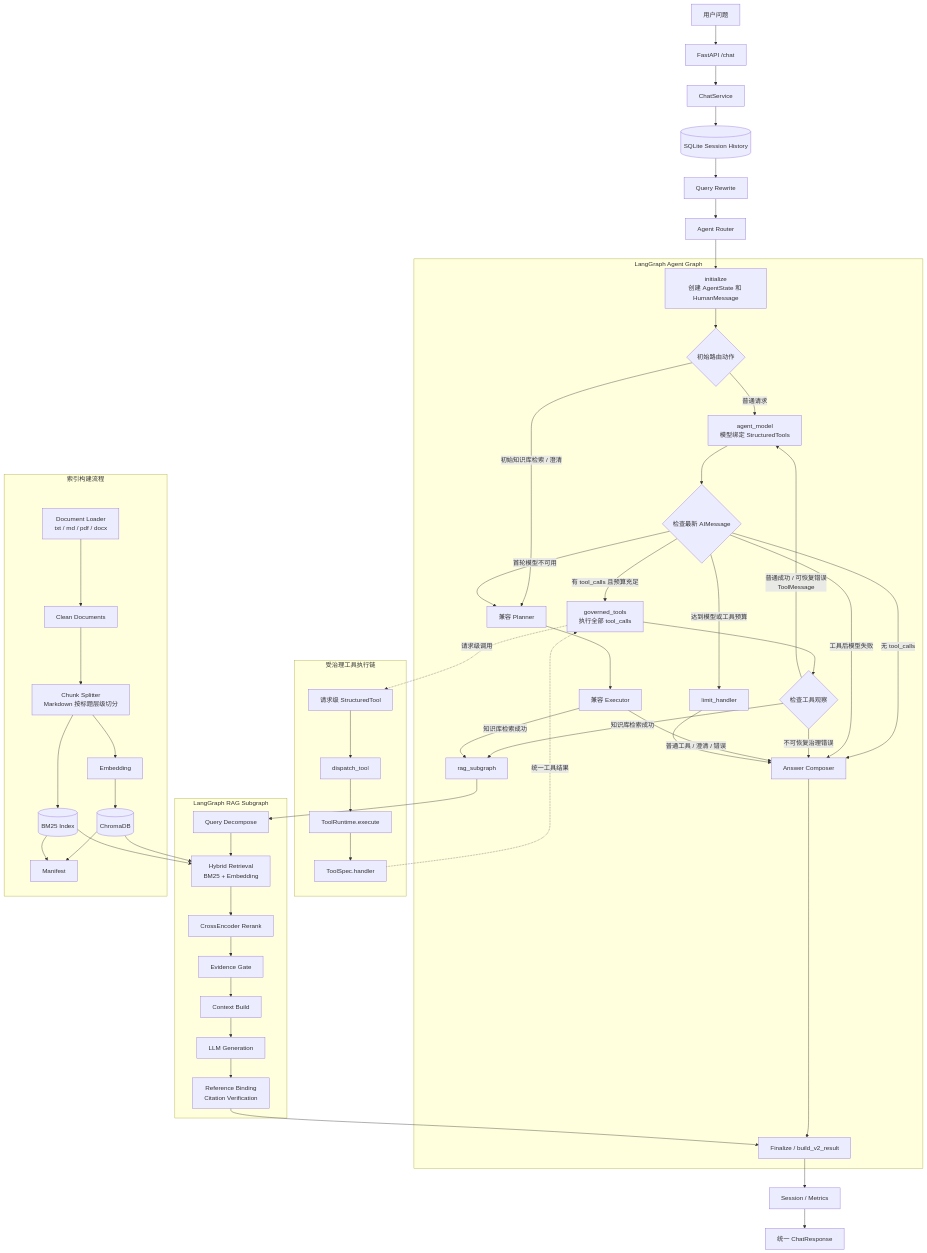
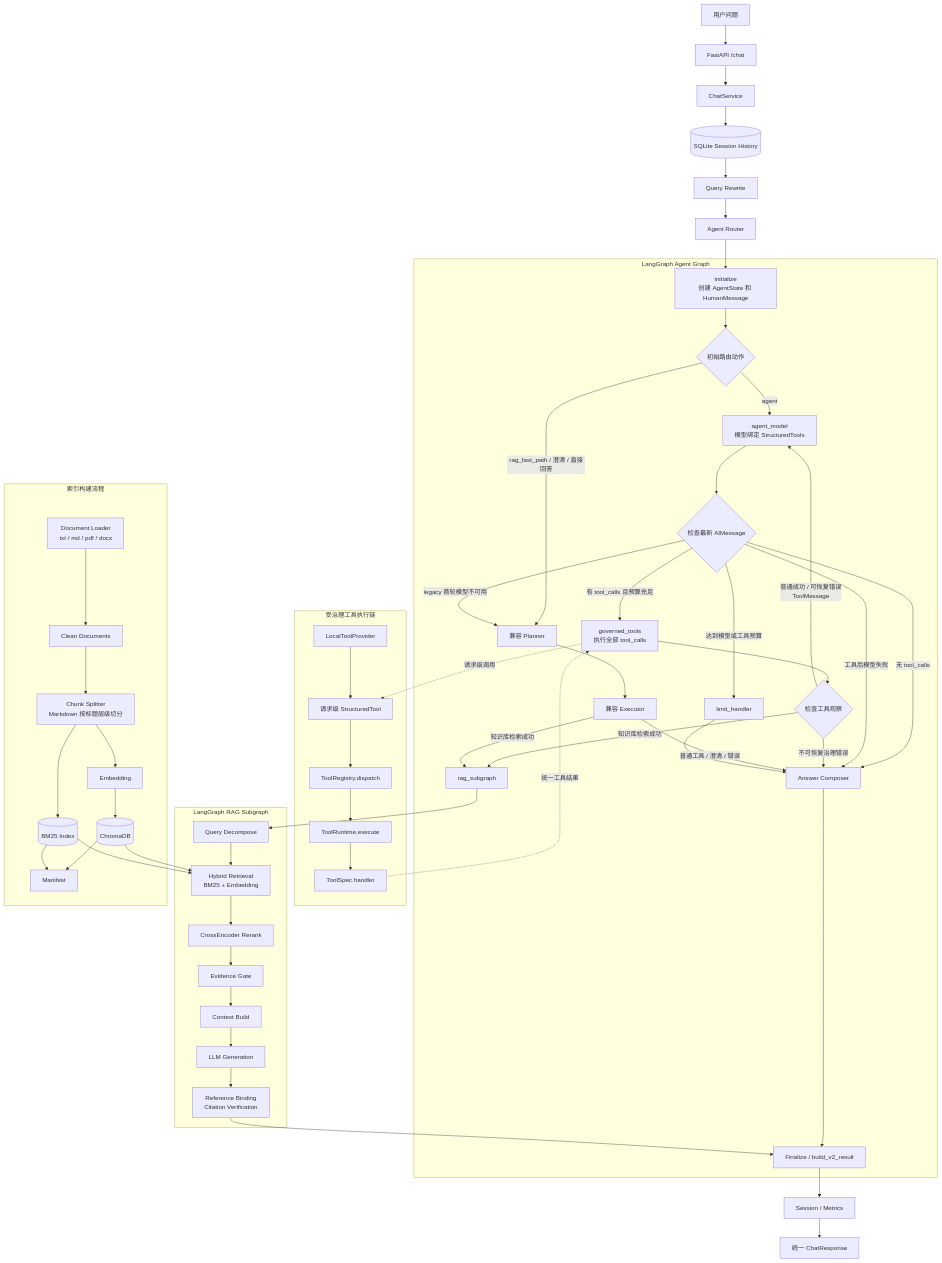
Before and after one commit to LiBoEN123/rag-agent-qa-system: the diagram in README.md, drawn with Mermaid. The commit also changed other lines of this file and 25 other files, not shown here.

Commit message:
工具注册到 ToolRegistry → 自动暴露为 LangChain StructuredTool → Agent Model 根据工具 description 和 args_schema 动态选择 → 新增普通工具时不再修改 Router、Planner、Executor 或 Graph

```diff
--- a/README.md
+++ b/README.md
@@ -45,14 +46,14 @@
         Finalize[Finalize / build_v2_result]
 
         Initialize --> InitialAction
-        InitialAction -->|普通请求| AgentModel
-        InitialAction -->|初始知识库检索 / 澄清| Planner
+        InitialAction -->|agent| AgentModel
+        InitialAction -->|rag_fast_path / 澄清 / 直接回答| Planner
 
         AgentModel --> ModelResult
         ModelResult -->|有 tool_calls 且预算充足| GovernedTools
         ModelResult -->|无 tool_calls| Composer
         ModelResult -->|达到模型或工具预算| Limit
-        ModelResult -->|首轮模型不可用| Planner
+        ModelResult -->|legacy 首轮模型不可用| Planner
         ModelResult -->|工具后模型失败| Composer
 
         GovernedTools --> ToolResult
@@ -69,13 +70,15 @@
     end
 
     subgraph ToolRuntime[受治理工具执行链]
+        Provider[LocalToolProvider]
+        Registry[ToolRegistry.dispatch]
         StructuredTool[请求级 StructuredTool]
-        Dispatch[dispatch_tool]
         Runtime[ToolRuntime.execute]
         Handler[ToolSpec.handler]
 
-        StructuredTool --> Dispatch
-        Dispatch --> Runtime
+        Provider --> StructuredTool
+        StructuredTool --> Registry
+        Registry --> Runtime
         Runtime --> Handler
     end
 
```
